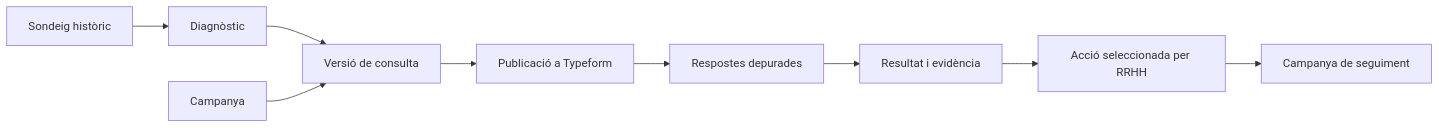
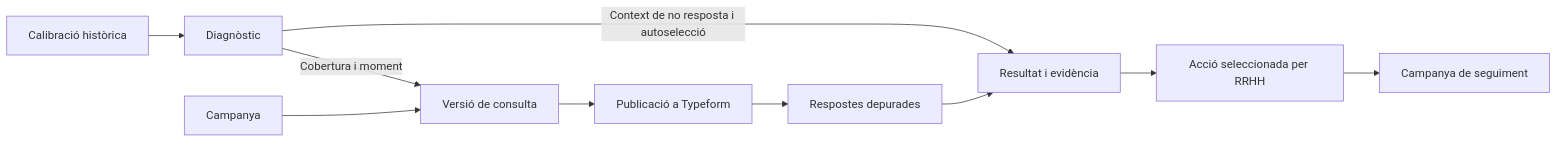
Before and after one commit to dtruebaperiago/Damm_Hack: the diagram in stages/02_model-logic/output/model-logic.md, drawn with Mermaid. The commit also changed other lines of this file and 6 other files, not shown here.

````diff
--- a/stages/02_model-logic/output/model-logic.md
+++ b/stages/02_model-logic/output/model-logic.md
@@ -38,11 +38,12 @@
 ```mermaid
 flowchart LR
-    H[Sondeig històric] --> D[Diagnòstic]
-    D --> V[Versió de consulta]
+    H[Calibració històrica] --> D[Diagnòstic]
+    D -->|Cobertura i moment| V[Versió de consulta]
     C[Campanya] --> V
     V --> P[Publicació a Typeform]
     P --> R[Respostes depurades]
     R --> E[Resultat i evidència]
+    D -->|Context de no resposta i autoselecció| E
     E --> A[Acció seleccionada per RRHH]
     A --> S[Campanya de seguiment]
 ```
````
